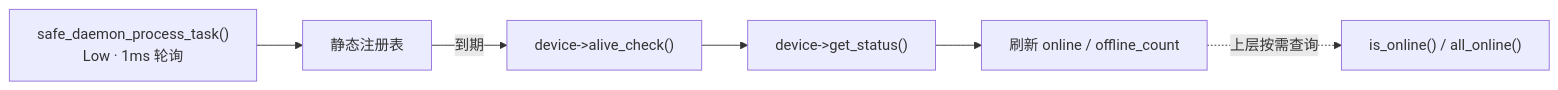
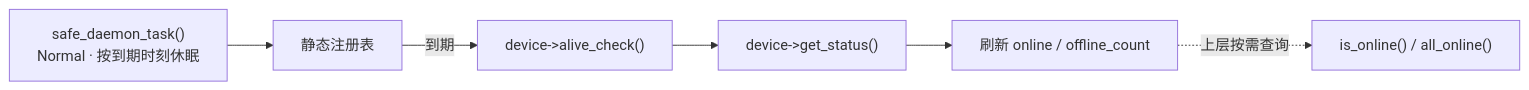
Before and after one commit to LiuLoseG/Flod_Sentry: the diagram in User/APP/safe_daemon_process/safe_daemon_process.md, drawn with Mermaid. The commit also changed other lines of this file and 9 other files, not shown here.

````diff
--- a/User/APP/safe_daemon_process/safe_daemon_process.md
+++ b/User/APP/safe_daemon_process/safe_daemon_process.md
@@ -15,8 +15,8 @@
 ```mermaid
 flowchart LR
-    T["safe_daemon_process_task()<br/>Low · 1ms 轮询"] --> R["静态注册表"]
+    T["safe_daemon_task()<br/>Normal · 按到期时刻休眠"] --> R["静态注册表"]
     R -->|到期| C["device->alive_check()"]
     C --> S["device->get_status()"]
     S --> U["刷新 online / offline_count"]
     U -.上层按需查询.-> A["is_online() / all_online()"]
 ```
````
